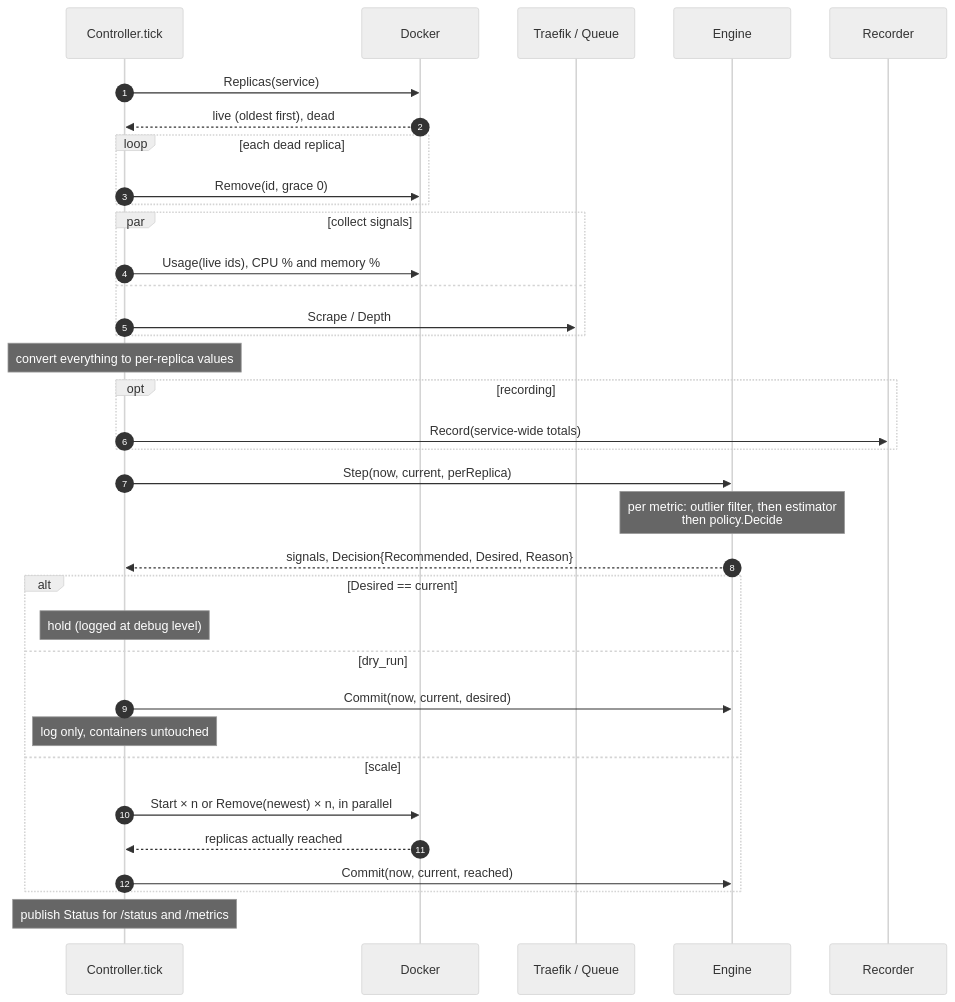
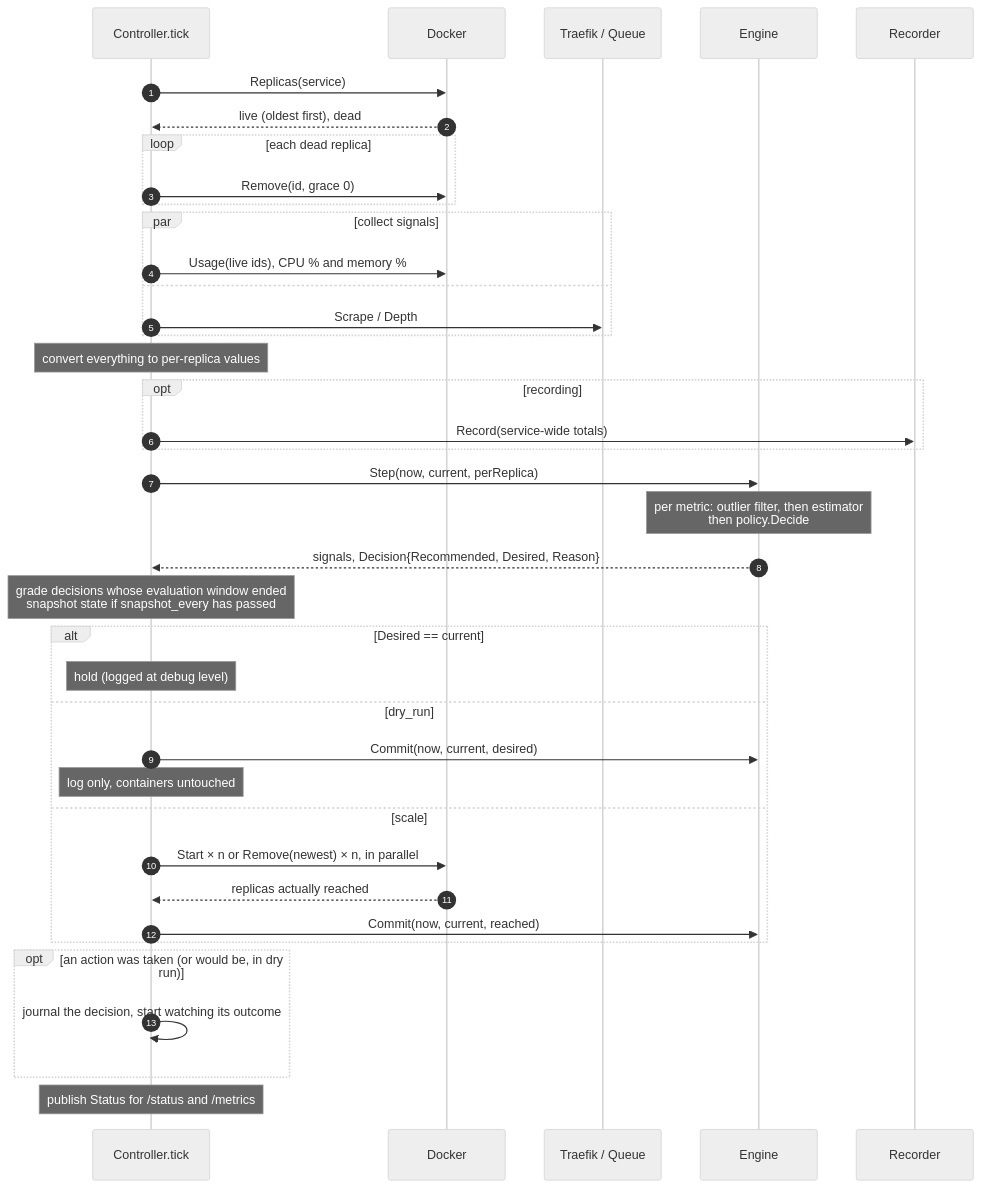
Before and after one commit to nadermedhet148/auto-scale: the second of 5 diagrams in docs/control-loop.md, drawn with Mermaid (neutral theme). The commit also changed other lines of this file and 50 other files, not shown here.

````diff
--- a/docs/control-loop.md
+++ b/docs/control-loop.md
@@ -37,38 +44,42 @@
 ```mermaid
 sequenceDiagram
     autonumber
     participant ctl as Controller.tick
     participant dk as Docker
     participant src as Traefik / Queue
     participant eng as Engine
     participant rec as Recorder
 
     ctl->>dk: Replicas(service)
     dk-->>ctl: live (oldest first), dead
     loop each dead replica
         ctl->>dk: Remove(id, grace 0)
     end
     par collect signals
         ctl->>dk: Usage(live ids), CPU % and memory %
     and
         ctl->>src: Scrape / Depth
     end
     Note over ctl: convert everything to per-replica values
     opt recording
         ctl->>rec: Record(service-wide totals)
     end
     ctl->>eng: Step(now, current, perReplica)
     Note over eng: per metric: outlier filter, then estimator<br/>then policy.Decide
     eng-->>ctl: signals, Decision{Recommended, Desired, Reason}
+    Note over ctl: grade decisions whose evaluation window ended<br/>snapshot state if snapshot_every has passed
     alt Desired == current
         Note over ctl: hold (logged at debug level)
     else dry_run
         ctl->>eng: Commit(now, current, desired)
         Note over ctl: log only, containers untouched
     else scale
         ctl->>dk: Start × n  or  Remove(newest) × n, in parallel
         dk-->>ctl: replicas actually reached
         ctl->>eng: Commit(now, current, reached)
     end
+    opt an action was taken (or would be, in dry run)
+        ctl->>ctl: journal the decision, start watching its outcome
+    end
     Note over ctl: publish Status for /status and /metrics
 ```
````
